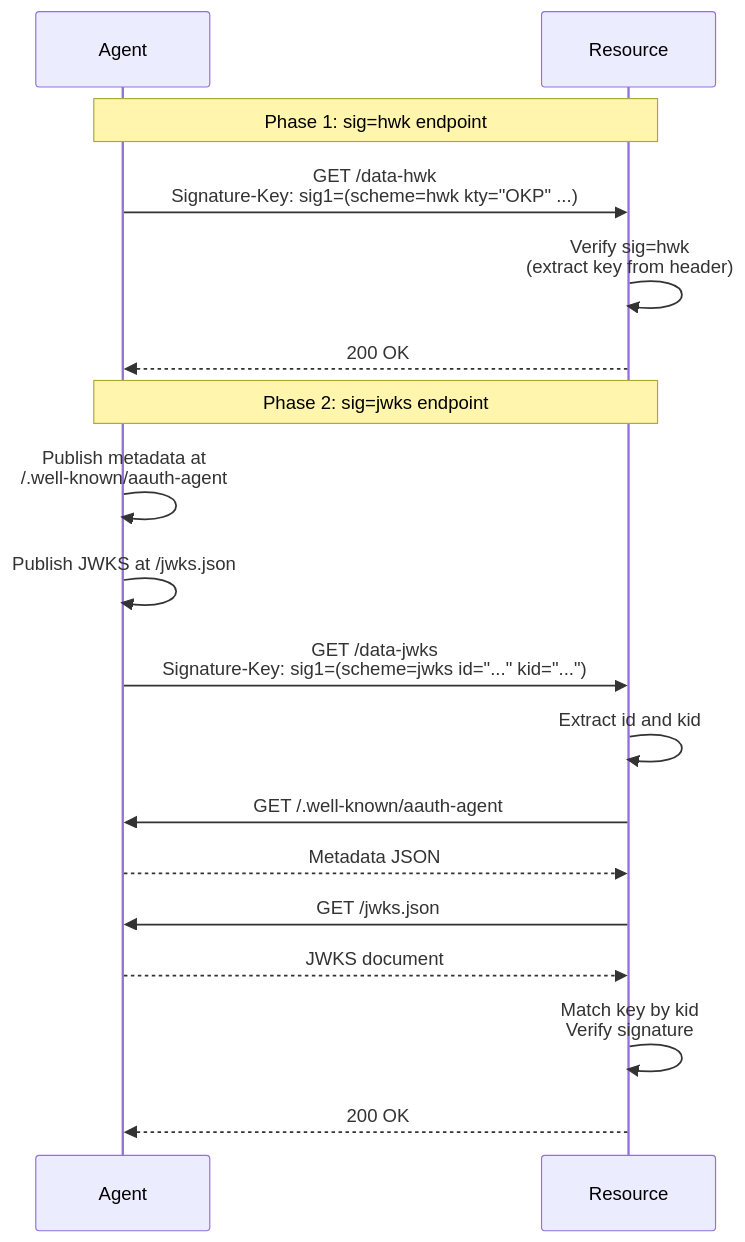
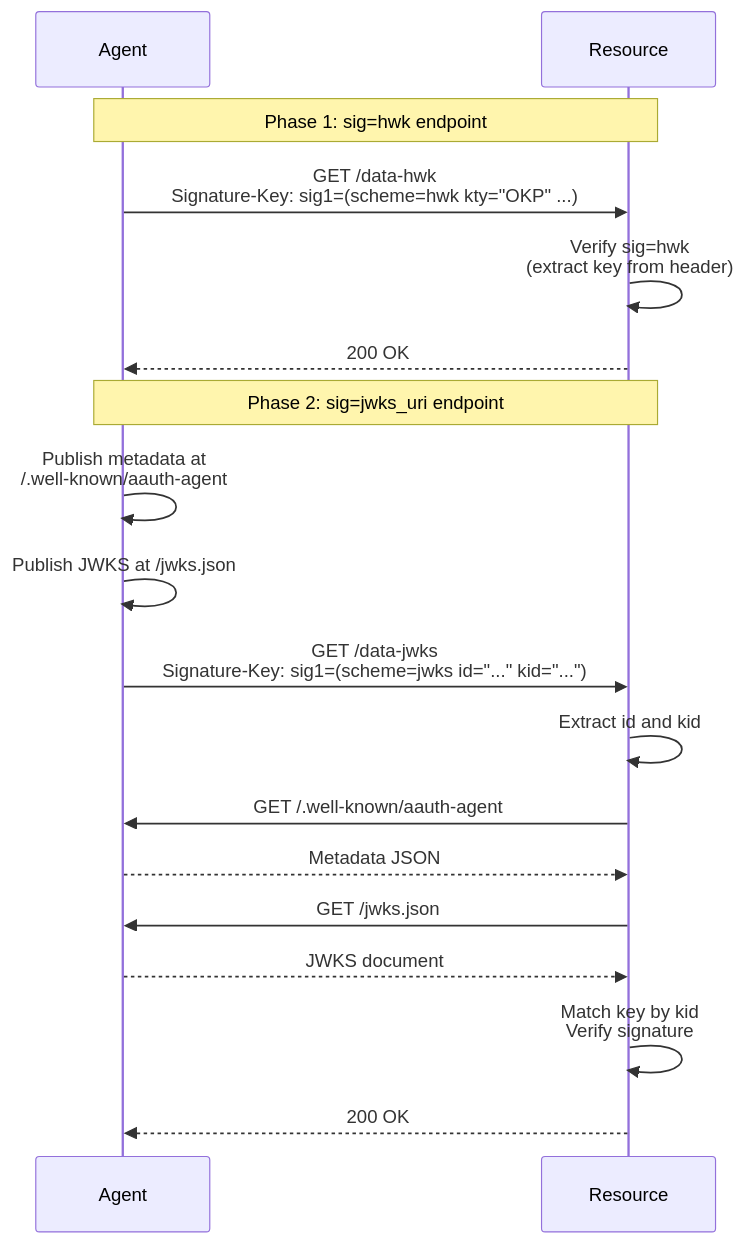
The diagram in PHASE2-identity-jwks.md (christian-posta/aauth-python-library), drawn with Mermaid before and after one commit. The commit also changed other lines of this file and 41 other files, not shown here.

````diff
--- a/PHASE2-identity-jwks.md
+++ b/PHASE2-identity-jwks.md
@@ -13,22 +13,22 @@
 ```mermaid
 sequenceDiagram
     participant A as Agent
     participant R as Resource
     
     Note over A,R: Phase 1: sig=hwk endpoint
     A->>R: GET /data-hwk<br/>Signature-Key: sig1=(scheme=hwk kty="OKP" ...)
     R->>R: Verify sig=hwk<br/>(extract key from header)
     R-->>A: 200 OK
     
-    Note over A,R: Phase 2: sig=jwks endpoint
+    Note over A,R: Phase 2: sig=jwks_uri endpoint
     A->>A: Publish metadata at<br/>/.well-known/aauth-agent
     A->>A: Publish JWKS at /jwks.json
     A->>R: GET /data-jwks<br/>Signature-Key: sig1=(scheme=jwks id="..." kid="...")
     R->>R: Extract id and kid
     R->>A: GET /.well-known/aauth-agent
     A-->>R: Metadata JSON
     R->>A: GET /jwks.json
     A-->>R: JWKS document
     R->>R: Match key by kid<br/>Verify signature
     R-->>A: 200 OK
 ```
````
